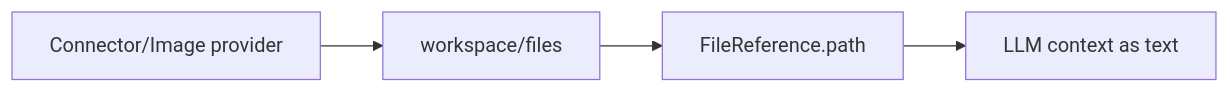
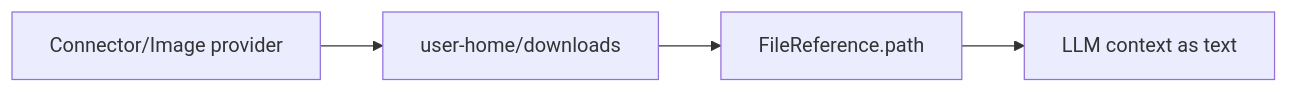
The second of 6 diagrams in doc/internals/connectors.md (ex3ndr/daycare), drawn with Mermaid before and after one commit. The commit also changed other lines of this file and 48 other files, not shown here.

````diff
--- a/doc/internals/connectors.md
+++ b/doc/internals/connectors.md
@@ -45,6 +45,6 @@
 ```mermaid
 flowchart LR
-  External[Connector/Image provider] --> Store[workspace/files]
+  External[Connector/Image provider] --> Store[user-home/downloads]
   Store --> Ref[FileReference.path]
   Ref --> LLM[LLM context as text]
 ```
````
